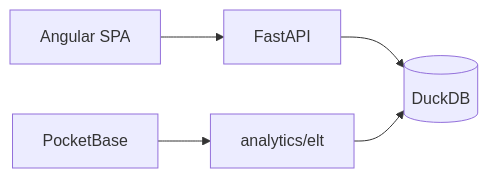
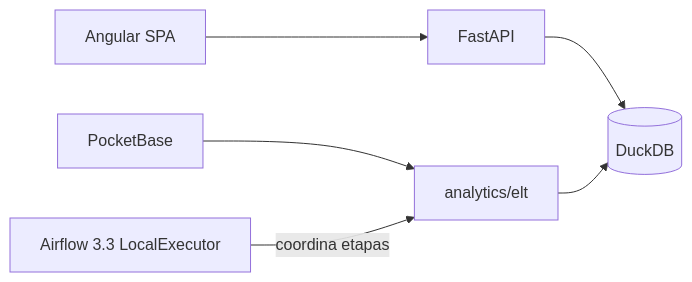
One commit to JosephACS/VOXMETRIKS changed the diagram in README.md. Above: the diagram before and after it, drawn with Mermaid. The commit also changed other lines of this file and 31 other files, not shown here.

Commit message:
feat(elt): orchestrate canonical pipeline with Airflow

````diff
--- a/README.md
+++ b/README.md
@@ -23,7 +23,8 @@
 ```mermaid
 flowchart LR
     FE[Angular SPA] --> API[FastAPI]
     API --> DB[(DuckDB)]
     PB[PocketBase] --> ELT[analytics/elt]
     ELT --> DB
+    AF[Airflow 3.3 LocalExecutor] -->|coordina etapas| ELT
 ```
````
